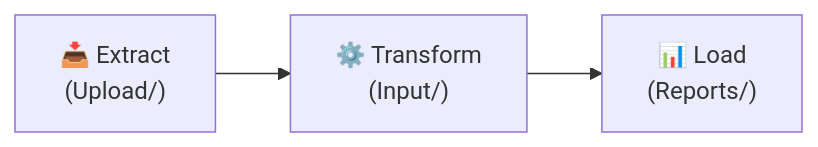
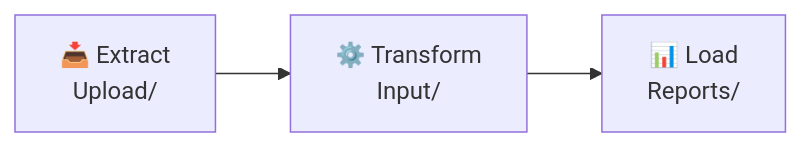
One commit to ExcellenceCloudGmbH/lex-app-docs changed the diagram in content/index.md. Above: the diagram before and after it, drawn with Mermaid. The commit also changed other lines of this file and 136 other files, not shown here.

````diff
--- a/content/index.md
+++ b/content/index.md
@@ -9,8 +23,8 @@
 ```mermaid
 flowchart LR
     A["📥 Extract
-    (Upload/)"] --> B["⚙️ Transform
-    (Input/)"]
+    Upload/"] --> B["⚙️ Transform
+    Input/"]
     B --> C["📊 Load
-    (Reports/)"]
+    Reports/"]
 ```
````
